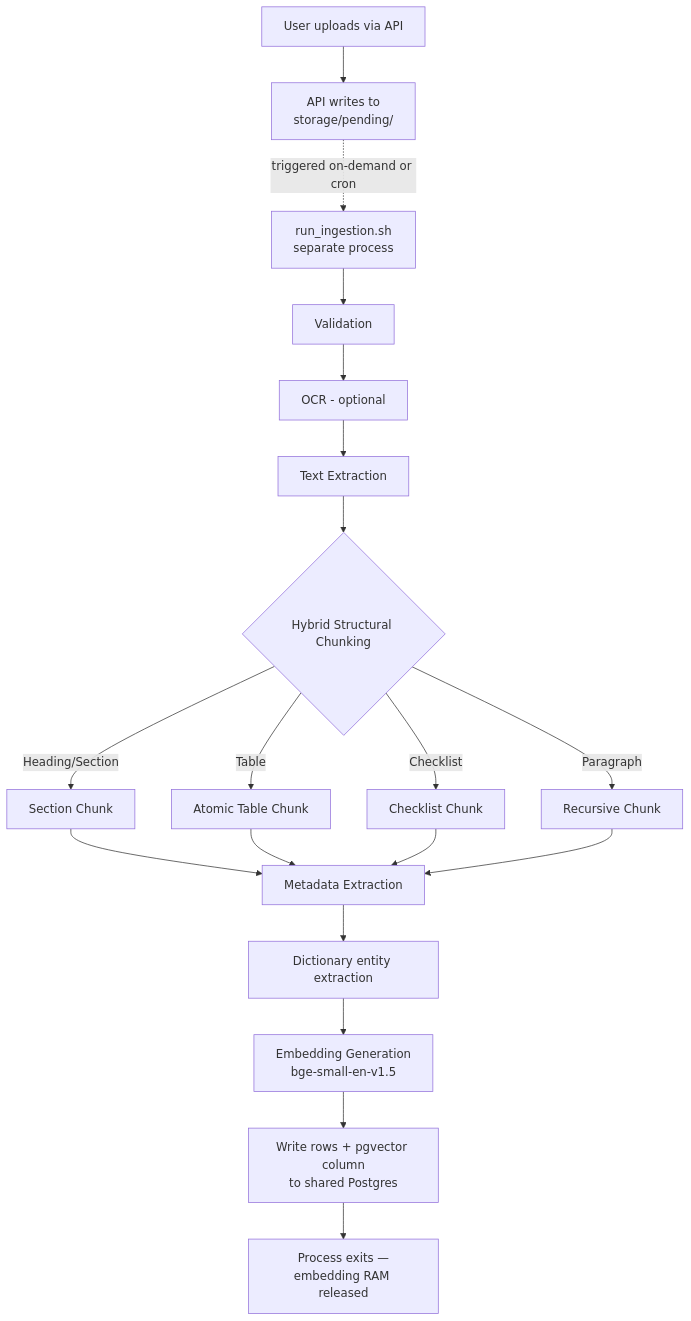
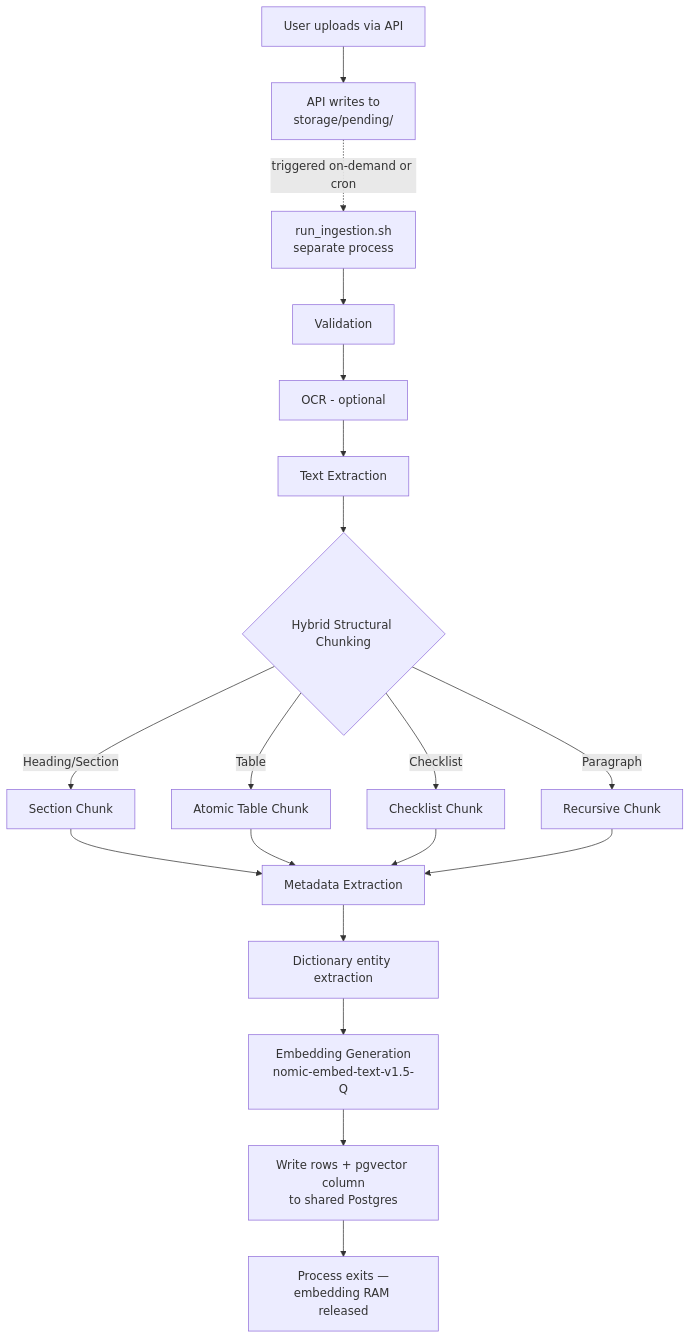
Before and after one commit to shreenidhi-vlookup/Hexta: the fifth of 7 diagrams in Final_System_Design.md, drawn with Mermaid. The commit also changed 52 other files, not shown here.

First line of the commit message:
feat: nomic-embed-text-v1.5-Q swap, GraphRAG-lite entity channel, Multi-Query + Self-RAG recovery

````diff
--- a/Final_System_Design.md
+++ b/Final_System_Design.md
@@ -182,21 +182,21 @@
 ```mermaid
 flowchart TD
     UP[User uploads via API] --> QUEUE[API writes to<br/>storage/pending/]
     QUEUE -.triggered on-demand or cron.-> BATCH[run_ingestion.sh<br/>separate process]
     BATCH --> VALID[Validation]
     VALID --> OCR[OCR - optional]
     OCR --> EXTRACT[Text Extraction]
     EXTRACT --> CHUNK{Hybrid Structural Chunking}
     CHUNK -->|Heading/Section| SEC[Section Chunk]
     CHUNK -->|Table| TBL[Atomic Table Chunk]
     CHUNK -->|Checklist| CHK[Checklist Chunk]
     CHUNK -->|Paragraph| PARA[Recursive Chunk]
     SEC --> META[Metadata Extraction]
     TBL --> META
     CHK --> META
     PARA --> META
     META --> ENT[Dictionary entity extraction]
-    ENT --> EMB[Embedding Generation<br/>bge-small-en-v1.5]
+    ENT --> EMB[Embedding Generation<br/>nomic-embed-text-v1.5-Q]
     EMB --> IDX[Write rows + pgvector column<br/>to shared Postgres]
     IDX --> DONE[Process exits —<br/>embedding RAM released]
 ```
````
